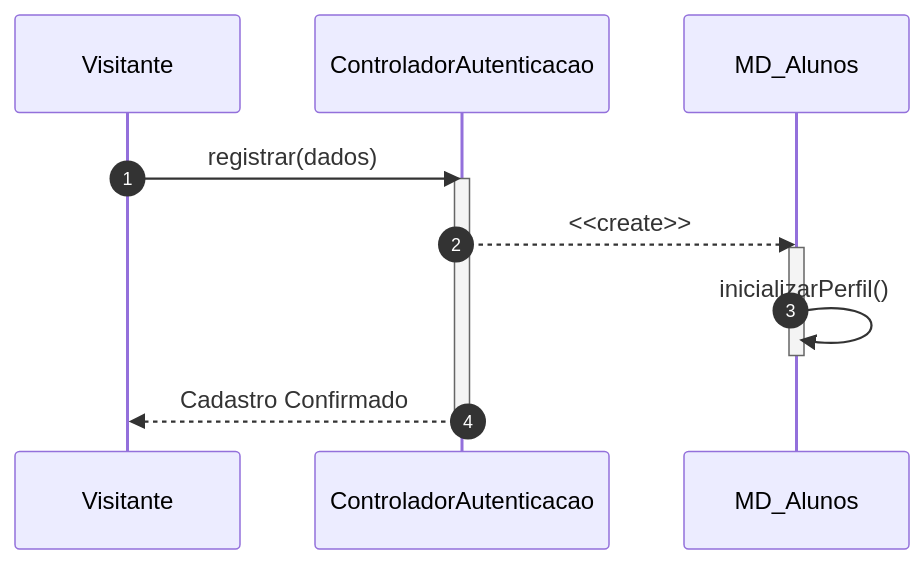
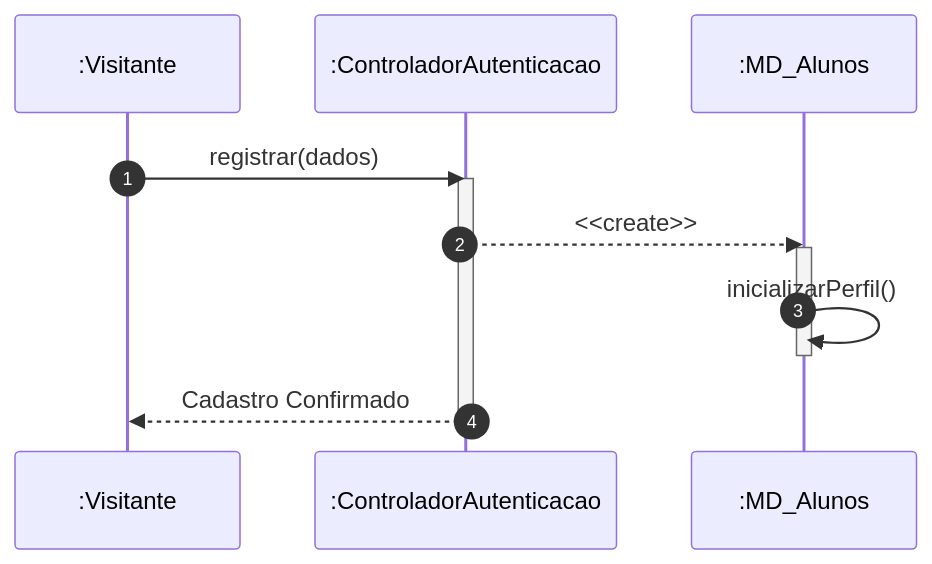
One commit to MayconDIS/PIM_III-Documentacao_UML changed the second of 2 diagrams in PIM_III/02_Modelagem_UML_Astah/UC02_Cadastrar_Usuario/README.md. Above: the diagram before and after it, drawn with Mermaid. The commit also changed other lines of this file and 17 other files, not shown here.

````diff
--- a/PIM_III/02_Modelagem_UML_Astah/UC02_Cadastrar_Usuario/README.md
+++ b/PIM_III/02_Modelagem_UML_Astah/UC02_Cadastrar_Usuario/README.md
@@ -47,15 +46,15 @@
 ```mermaid
 sequenceDiagram
     autonumber
-    participant V as Visitante
-    participant C as ControladorAutenticacao
-    participant A as MD_Alunos
+    participant V as :Visitante
+    participant C as :ControladorAutenticacao
+    participant A as :MD_Alunos
     V->>C: registrar(dados)
     activate C
     C-->>A: <<create>>
     activate A
     A->>A: inicializarPerfil()
     deactivate A
     C-->>V: Cadastro Confirmado
     deactivate C
 ```
````
